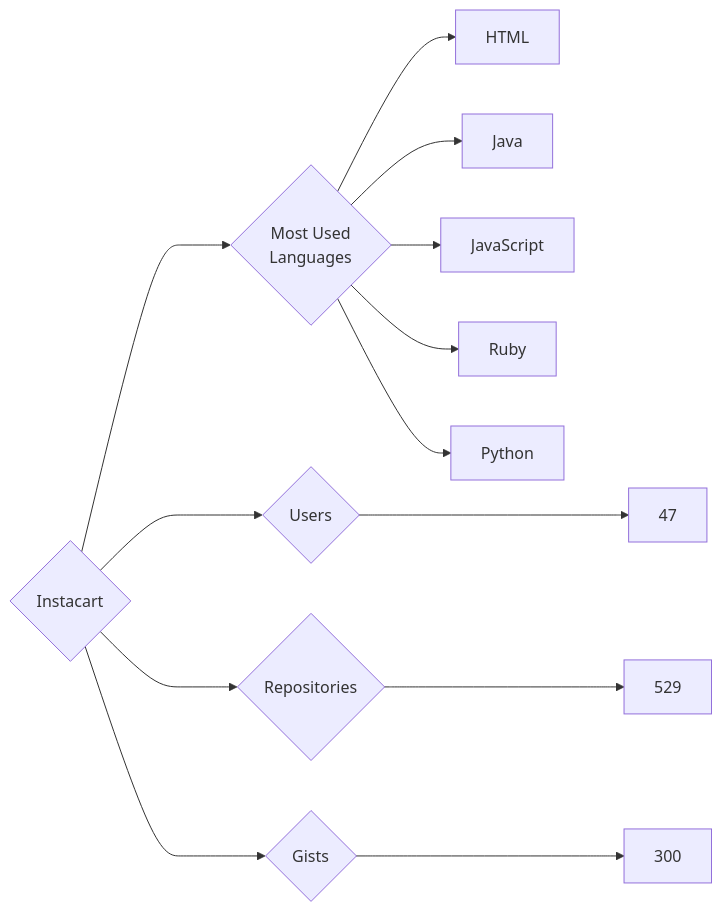
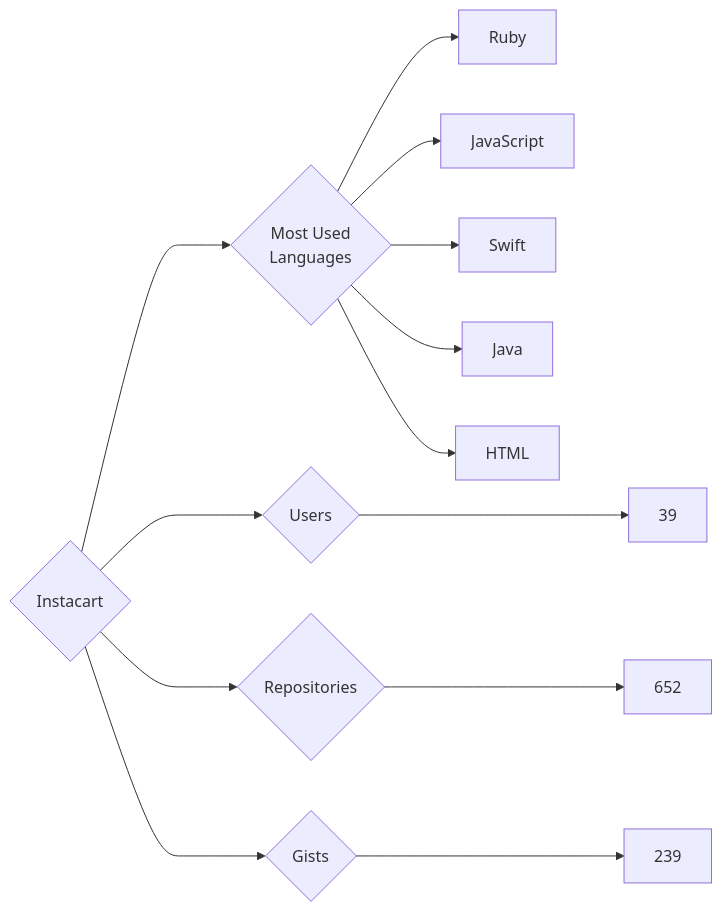
The diagram in targets/Instacart/README.md (trickest/insiders), drawn with Mermaid before and after one commit. The commit also changed 914 other files, not shown here.

````diff
--- a/targets/Instacart/README.md
+++ b/targets/Instacart/README.md
@@ -3,13 +3,13 @@
 ```mermaid
 graph LR
 COMPANY_NAME{Instacart}
-COMPANY_NAME ---> U{Users} ---> UN[47]
-COMPANY_NAME ---> R{Repositories} ---> RN[529]
-COMPANY_NAME ---> G{Gists} ---> GN[300]
+COMPANY_NAME ---> U{Users} ---> UN[39]
+COMPANY_NAME ---> R{Repositories} ---> RN[652]
+COMPANY_NAME ---> G{Gists} ---> GN[239]
 COMPANY_NAME ---> ML{Most Used<br>Languages}
+ML --> Ruby[Ruby]
+ML --> JavaScript[JavaScript]
+ML --> Swift[Swift]
+ML --> Java[Java]
 ML --> HTML[HTML]
-ML --> Java[Java]
-ML --> JavaScript[JavaScript]
-ML --> Ruby[Ruby]
-ML --> Python[Python]
 ```
````
